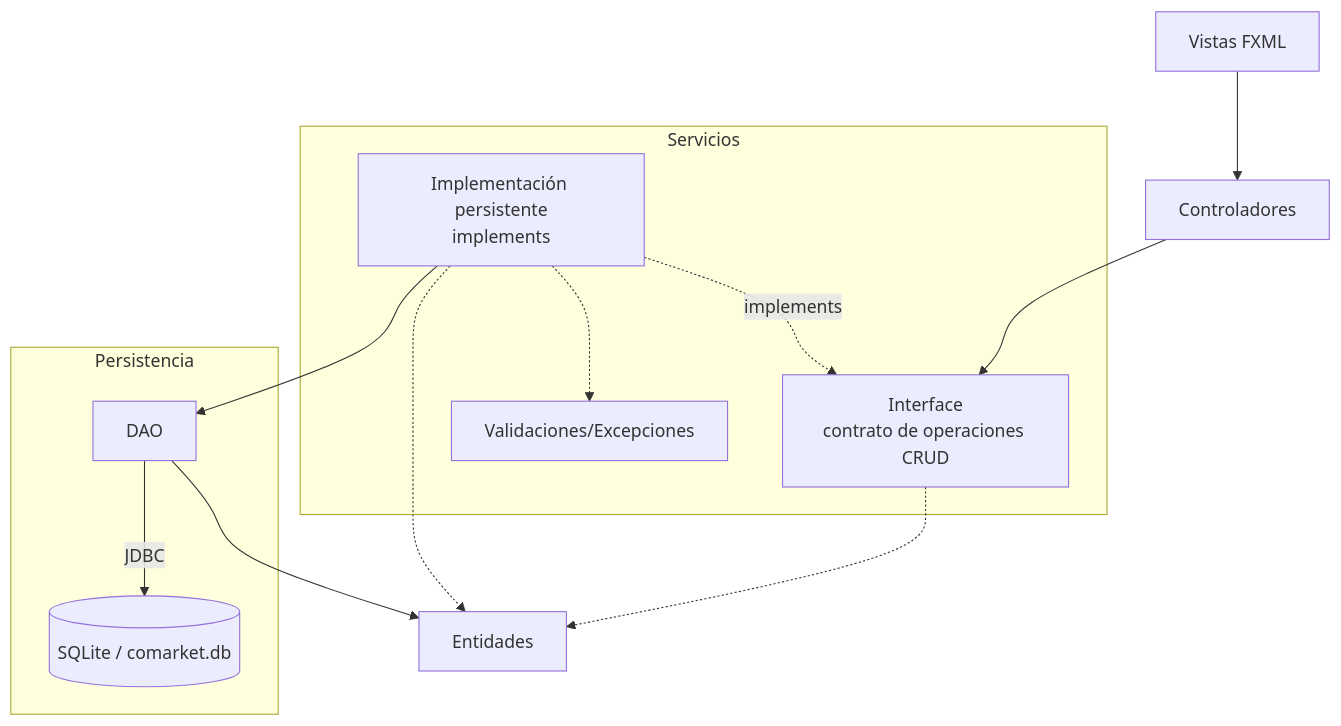
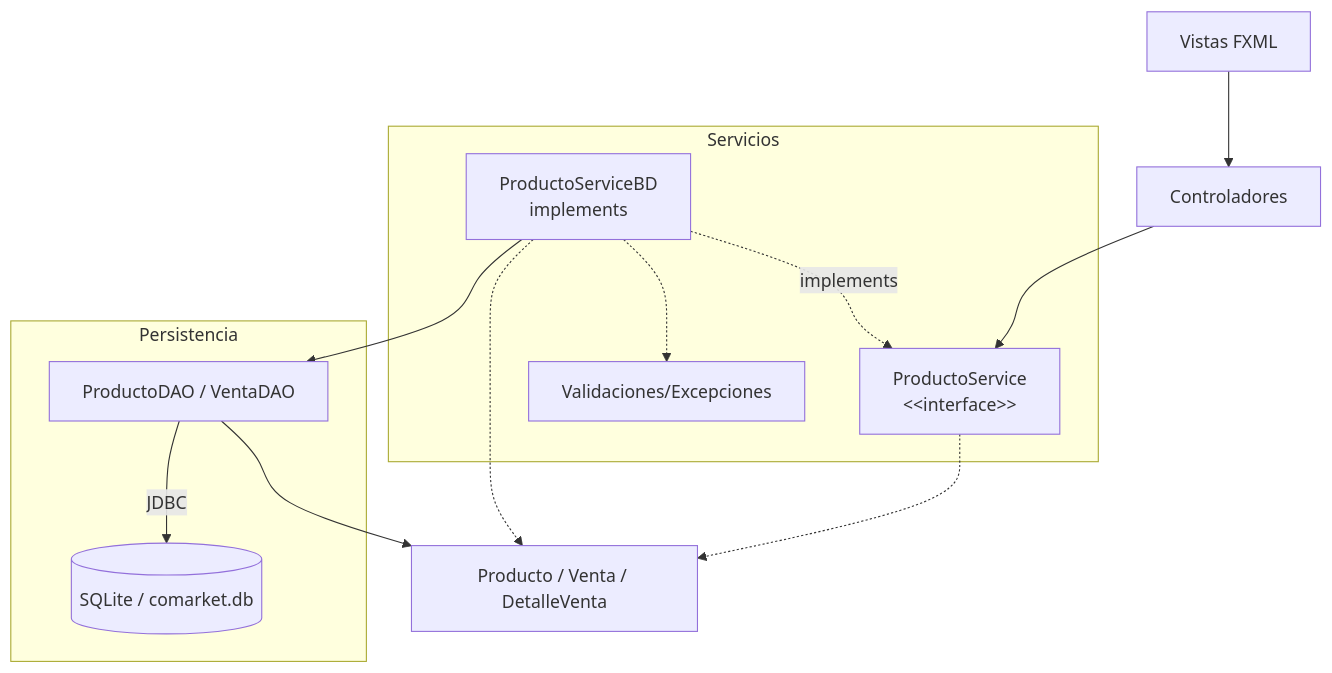
One commit to 262poo/comarket changed the diagram in docs/S13_Proyecto_Integrador_Ensamblaje.md. Above: the diagram before and after it, drawn with Mermaid. The commit also changed 12 other files, not shown here.

````diff
--- a/docs/S13_Proyecto_Integrador_Ensamblaje.md
+++ b/docs/S13_Proyecto_Integrador_Ensamblaje.md
@@ -58,28 +58,28 @@
 ```mermaid
 flowchart TB
     Vista["Vistas FXML"]
     Controladores["Controladores"]
 
     subgraph Servicios["Servicios"]
-        Contrato["Interface<br/>contrato de operaciones CRUD"]
-        Implementación["Implementación persistente<br/>implements"]
+        Contrato["ProductoService<br/>&lt;&lt;interface&gt;&gt;"]
+        Implementacion["ProductoServiceBD<br/>implements"]
         Validaciones["Validaciones/Excepciones"]
     end
 
-    Entidades["Entidades"]
+    Entidades["Producto / Venta / DetalleVenta"]
 
     subgraph Persistencia["Persistencia"]
-        DAO["DAO"]
+        DAO["ProductoDAO / VentaDAO"]
         SQLite[("SQLite / comarket.db")]
     end
 
     Vista --> Controladores
     Controladores --> Contrato
-    Implementación -. implements .-> Contrato
+    Implementacion -. implements .-> Contrato
     Contrato -.-> Entidades
-    Implementación -.-> Entidades
-    Implementación -.-> Validaciones
-    Implementación --> DAO
+    Implementacion -.-> Entidades
+    Implementacion -.-> Validaciones
+    Implementacion --> DAO
     DAO --> Entidades
     DAO -->|"JDBC"| SQLite
 ```
````
